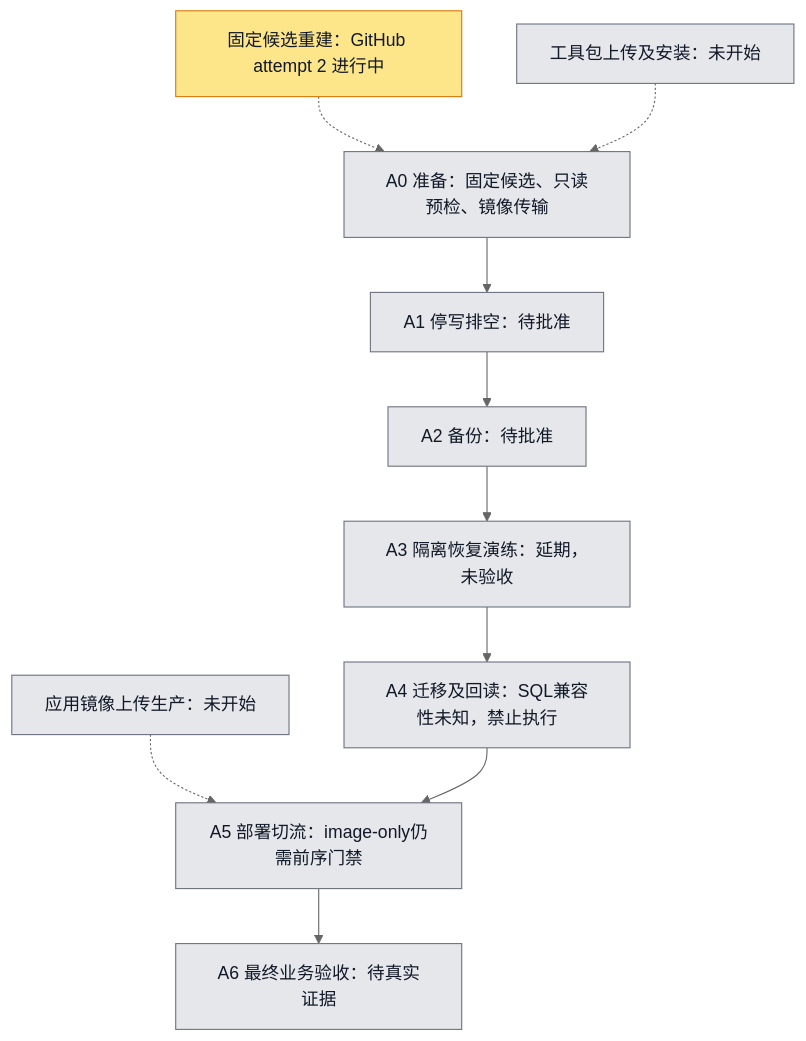
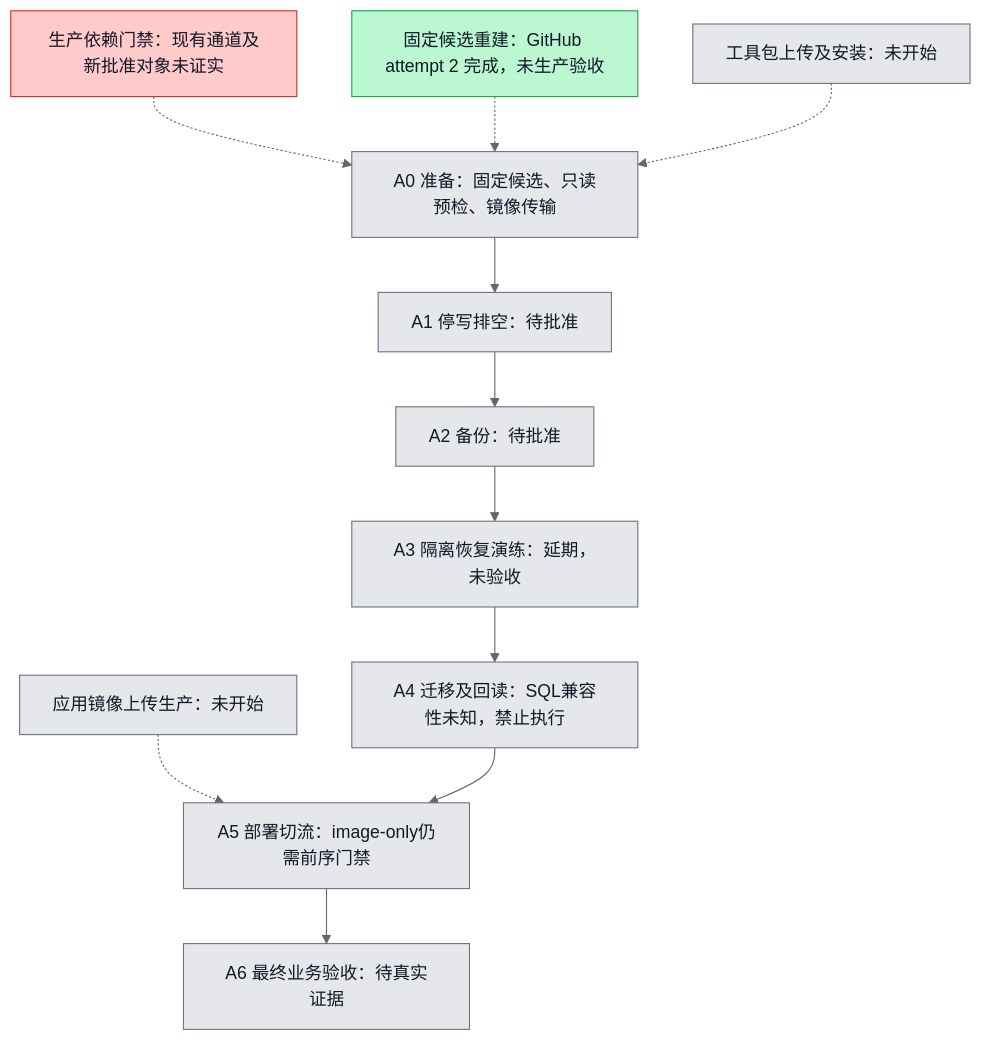
Before and after one commit to boardx/workspacex: the diagram in docs/operations/cn-release-entry/plan.md, drawn with Mermaid (neutral theme). The commit also changed other lines of this file and 7 other files, not shown here.

````diff
--- a/docs/operations/cn-release-entry/plan.md
+++ b/docs/operations/cn-release-entry/plan.md
@@ -16,32 +16,36 @@
 ```mermaid
 flowchart TD
   A0[A0 准备：固定候选、只读预检、镜像传输]
   A1[A1 停写排空：待批准]
   A2[A2 备份：待批准]
   A3[A3 隔离恢复演练：延期，未验收]
   A4[A4 迁移及回读：SQL兼容性未知，禁止执行]
   A5[A5 部署切流：image-only仍需前序门禁]
   A6[A6 最终业务验收：待真实证据]
-  B0[固定候选重建：GitHub attempt 2 进行中]
+  B0[固定候选重建：GitHub attempt 2 完成，未生产验收]
   K0[工具包上传及安装：未开始]
   I0[应用镜像上传生产：未开始]
+  C0[生产依赖门禁：现有通道及新批准对象未证实]
+  C0 -.-> A0
   B0 -.-> A0
   K0 -.-> A0
   I0 -.-> A5
   A0 --> A1 --> A2 --> A3 --> A4 --> A5 --> A6
   classDef todo fill:#e5e7eb,stroke:#6b7280,color:#111827
   classDef doing fill:#fde68a,stroke:#d97706,color:#111827
   classDef done fill:#bbf7d0,stroke:#16a34a,color:#111827
   classDef tested fill:#ddd6fe,stroke:#7c3aed,color:#111827
   classDef blocked fill:#fecaca,stroke:#dc2626,color:#111827
-  class B0 doing
+  class C0 blocked
+  %% blocked C0: 现有 secrets/runner 元数据读取403；匹配新根批准、输入原件及SQL兼容证据未证实；未提交生产调用
+  class B0 done
   class K0 todo
   class I0 todo
   class A0 todo
   class A1 todo
   class A2 todo
   class A3 todo
   class A4 todo
   class A5 todo
   class A6 todo
 ```
````
